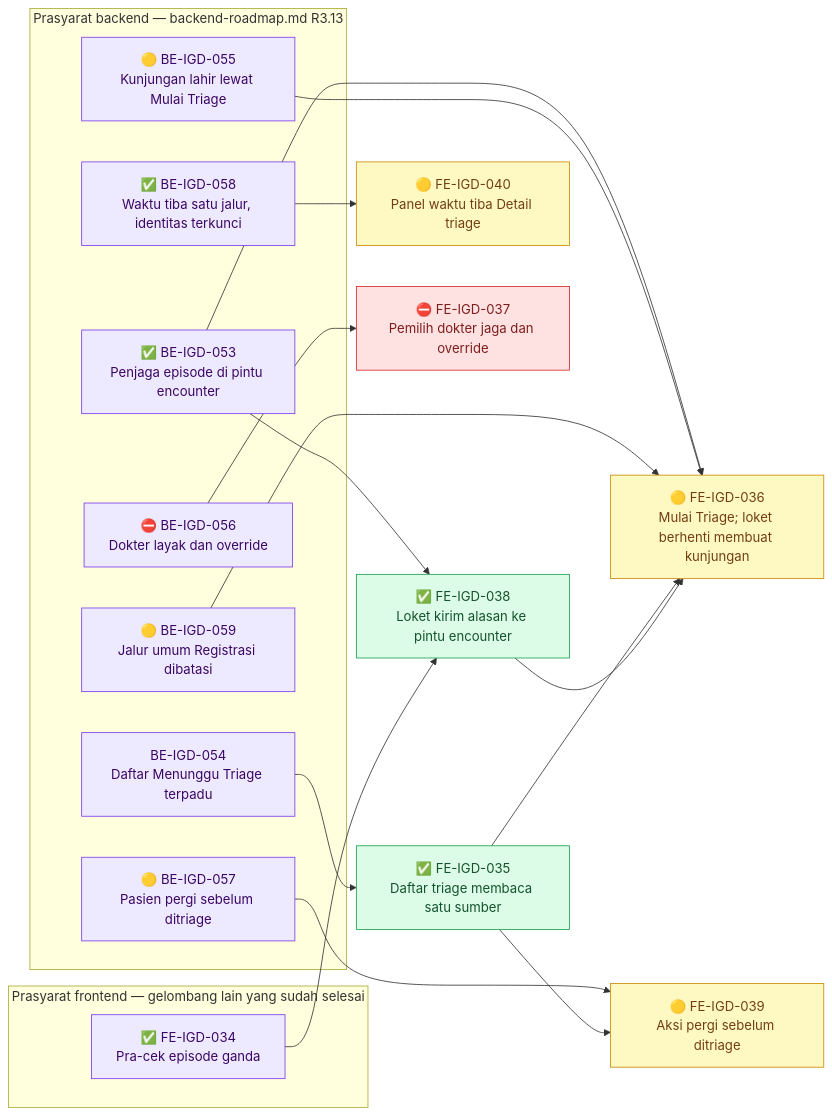
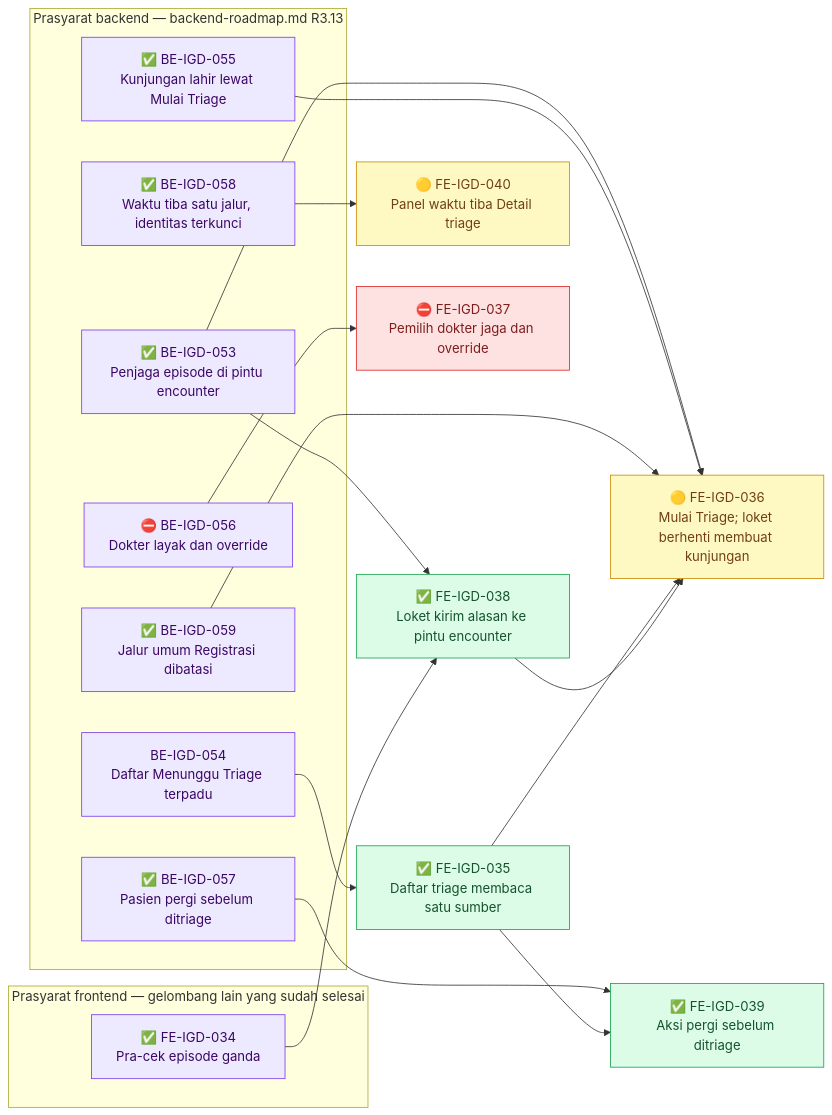
One commit to DevBenari/NewQuilvianSystemBackend changed diagram 11 of 12 in docs/module-blueprints/igd/roadmap/frontend-roadmap.md. Above: the diagram before and after it, drawn with Mermaid. The commit also changed other lines of this file and 16 other files, not shown here.

````diff
--- a/docs/module-blueprints/igd/roadmap/frontend-roadmap.md
+++ b/docs/module-blueprints/igd/roadmap/frontend-roadmap.md
@@ -1264,42 +1264,42 @@
 ```mermaid
 flowchart LR
     classDef selesai fill:#DCFCE7,stroke:#16A34A,color:#14532D
     classDef sebagian fill:#FEF9C3,stroke:#CA8A04,color:#713F12
     classDef terblokir fill:#FEE2E2,stroke:#DC2626,color:#7F1D1D
     classDef belum fill:#F1F5F9,stroke:#64748B,color:#0F172A
     classDef luar fill:#EDE9FE,stroke:#7C3AED,color:#3B0764
 
     subgraph backend["Prasyarat backend — backend-roadmap.md R3.13"]
         BEIGD053["✅ BE-IGD-053<br/>Penjaga episode di pintu encounter"]:::luar
         BEIGD054["BE-IGD-054<br/>Daftar Menunggu Triage terpadu"]:::luar
-        BEIGD055["🟡 BE-IGD-055<br/>Kunjungan lahir lewat Mulai Triage"]:::luar
+        BEIGD055["✅ BE-IGD-055<br/>Kunjungan lahir lewat Mulai Triage"]:::luar
         BEIGD056["⛔ BE-IGD-056<br/>Dokter layak dan override"]:::luar
-        BEIGD057["🟡 BE-IGD-057<br/>Pasien pergi sebelum ditriage"]:::luar
+        BEIGD057["✅ BE-IGD-057<br/>Pasien pergi sebelum ditriage"]:::luar
         BEIGD058["✅ BE-IGD-058<br/>Waktu tiba satu jalur, identitas terkunci"]:::luar
-        BEIGD059["🟡 BE-IGD-059<br/>Jalur umum Registrasi dibatasi"]:::luar
+        BEIGD059["✅ BE-IGD-059<br/>Jalur umum Registrasi dibatasi"]:::luar
     end
 
     subgraph frontendlain["Prasyarat frontend — gelombang lain yang sudah selesai"]
         FEIGD034["✅ FE-IGD-034<br/>Pra-cek episode ganda"]:::luar
     end
 
     FEIGD035["✅ FE-IGD-035<br/>Daftar triage membaca satu sumber"]:::selesai
     FEIGD038["✅ FE-IGD-038<br/>Loket kirim alasan ke pintu encounter"]:::selesai
     FEIGD040["🟡 FE-IGD-040<br/>Panel waktu tiba Detail triage"]:::sebagian
-    FEIGD039["🟡 FE-IGD-039<br/>Aksi pergi sebelum ditriage"]:::sebagian
+    FEIGD039["✅ FE-IGD-039<br/>Aksi pergi sebelum ditriage"]:::selesai
     FEIGD036["🟡 FE-IGD-036<br/>Mulai Triage; loket berhenti membuat kunjungan"]:::sebagian
     FEIGD037["⛔ FE-IGD-037<br/>Pemilih dokter jaga dan override"]:::terblokir
 
     BEIGD054 --> FEIGD035
     BEIGD053 --> FEIGD038
     FEIGD034 --> FEIGD038
     BEIGD058 --> FEIGD040
     BEIGD057 --> FEIGD039
     FEIGD035 --> FEIGD039
     BEIGD053 --> FEIGD036
     BEIGD055 --> FEIGD036
     BEIGD059 --> FEIGD036
     FEIGD035 --> FEIGD036
     FEIGD038 --> FEIGD036
     BEIGD056 --> FEIGD037
 ```
````
